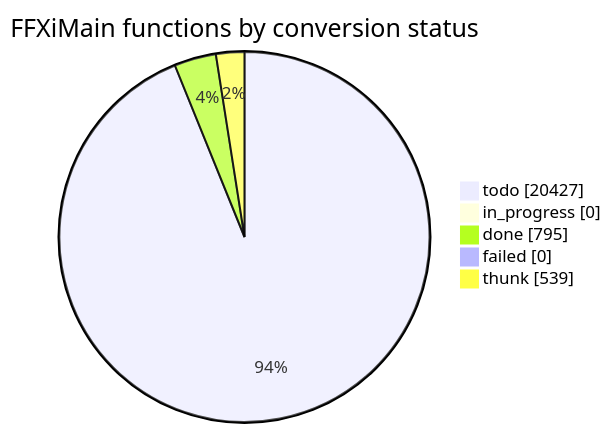
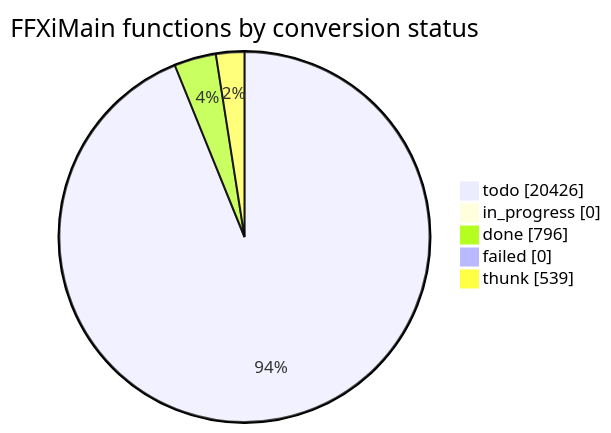
The diagram in docs/cow/STATUS.md (cowrevenge/cow_kuluu_xi_anything), drawn with Mermaid before and after one commit. The commit also changed other lines of this file and 9 other files, not shown here.

````diff
--- a/docs/cow/STATUS.md
+++ b/docs/cow/STATUS.md
@@ -18,9 +18,9 @@
 ```mermaid
 pie showData
     title FFXiMain functions by conversion status
-    "todo" : 20427
+    "todo" : 20426
     "in_progress" : 0
-    "done" : 795
+    "done" : 796
     "failed" : 0
     "thunk" : 539
 ```
````
